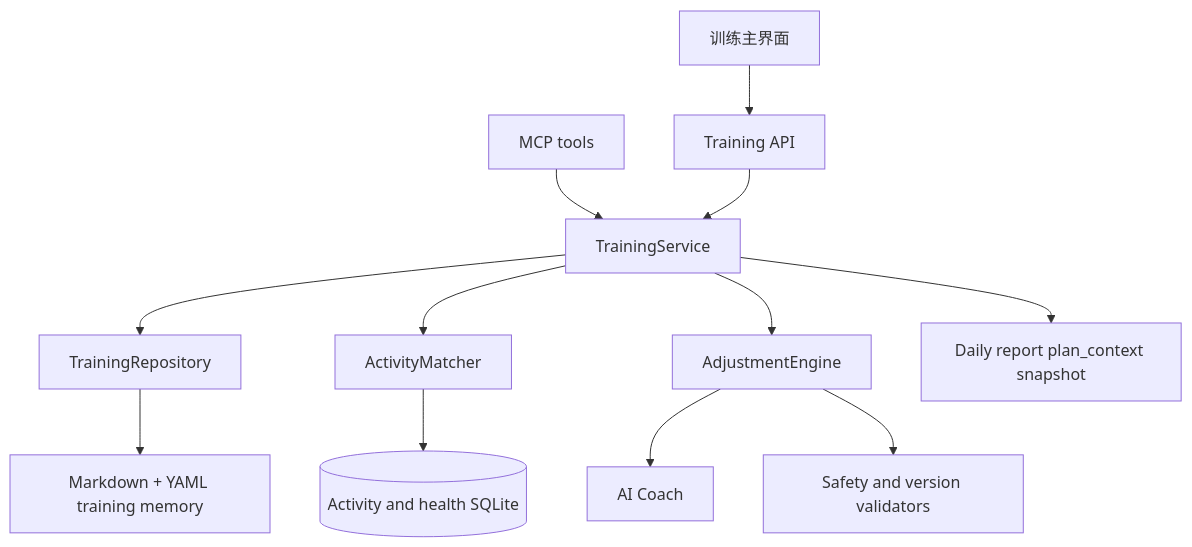
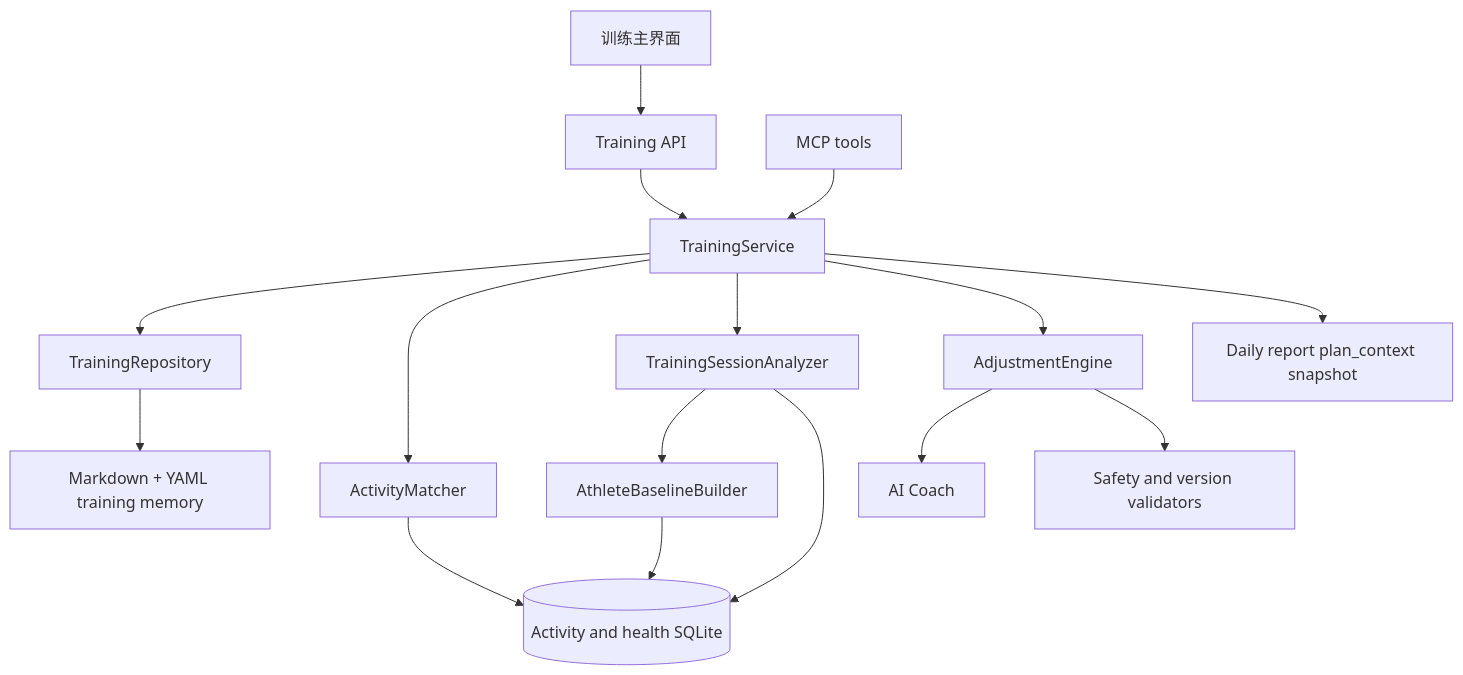
The diagram in docs/design/training-system.md (qd1993102/rundown), drawn with Mermaid before and after one commit. The commit also changed other lines of this file and 31 other files, not shown here.

````diff
--- a/docs/design/training-system.md
+++ b/docs/design/training-system.md
@@ -21,14 +24,18 @@
 ```mermaid
 graph TD
     WEB["训练主界面"] --> API["Training API"]
     MCP["MCP tools"] --> SERVICE["TrainingService"]
     API --> SERVICE
     SERVICE --> REPO["TrainingRepository"]
     SERVICE --> MATCHER["ActivityMatcher"]
+    SERVICE --> ANALYZER["TrainingSessionAnalyzer"]
+    ANALYZER --> BASELINE["AthleteBaselineBuilder"]
     SERVICE --> ADJUSTER["AdjustmentEngine"]
     ADJUSTER --> AI["AI Coach"]
     ADJUSTER --> VALIDATOR["Safety and version validators"]
     MATCHER --> SQLITE[("Activity and health SQLite")]
+    BASELINE --> SQLITE
+    ANALYZER --> SQLITE
     REPO --> MEMORY["Markdown + YAML training memory"]
     SERVICE --> SNAPSHOT["Daily report plan_context snapshot"]
 ```
````
